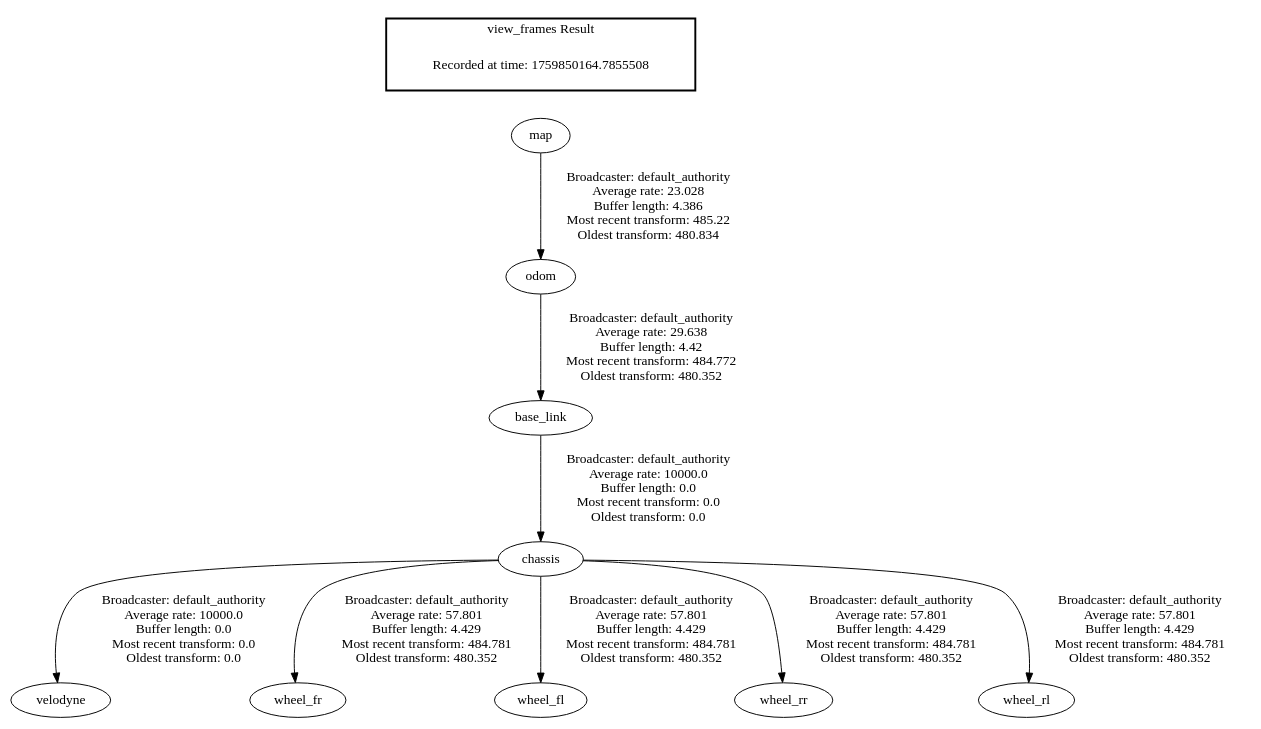
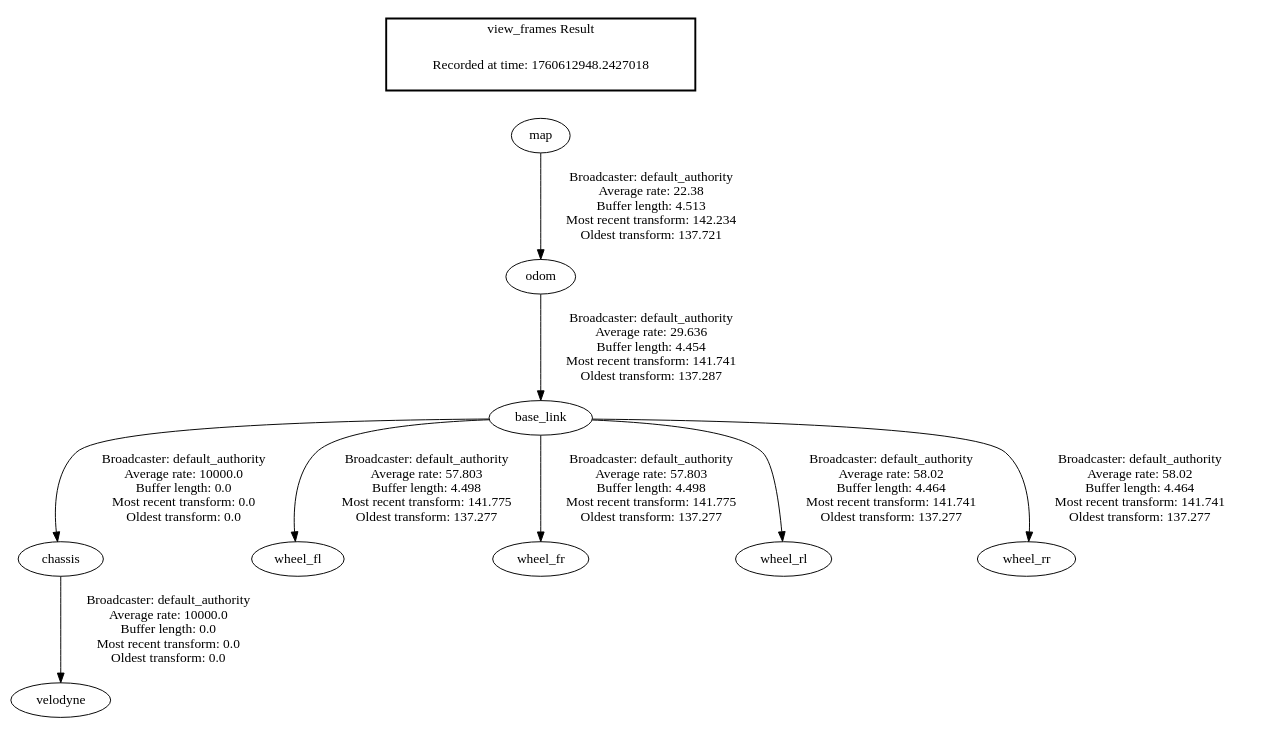
One commit to Podolskigutten/ros2_leo_ws changed the diagram in frames.gv. Above: the diagram before and after it, drawn with Graphviz. The commit also changed 5 other files, not shown here.

```diff
--- a/frames.gv
+++ b/frames.gv
@@ -1,14 +1,14 @@
 digraph G {
 "base_link" -> "chassis"[label=" Broadcaster: default_authority\nAverage rate: 10000.0\nBuffer length: 0.0\nMost recent transform: 0.0\nOldest transform: 0.0\n"];
-"odom" -> "base_link"[label=" Broadcaster: default_authority\nAverage rate: 29.638\nBuffer length: 4.42\nMost recent transform: 484.772\nOldest transform: 480.352\n"];
+"odom" -> "base_link"[label=" Broadcaster: default_authority\nAverage rate: 29.636\nBuffer length: 4.454\nMost recent transform: 141.741\nOldest transform: 137.287\n"];
 "chassis" -> "velodyne"[label=" Broadcaster: default_authority\nAverage rate: 10000.0\nBuffer length: 0.0\nMost recent transform: 0.0\nOldest transform: 0.0\n"];
-"chassis" -> "wheel_fr"[label=" Broadcaster: default_authority\nAverage rate: 57.801\nBuffer length: 4.429\nMost recent transform: 484.781\nOldest transform: 480.352\n"];
-"chassis" -> "wheel_fl"[label=" Broadcaster: default_authority\nAverage rate: 57.801\nBuffer length: 4.429\nMost recent transform: 484.781\nOldest transform: 480.352\n"];
-"chassis" -> "wheel_rr"[label=" Broadcaster: default_authority\nAverage rate: 57.801\nBuffer length: 4.429\nMost recent transform: 484.781\nOldest transform: 480.352\n"];
-"chassis" -> "wheel_rl"[label=" Broadcaster: default_authority\nAverage rate: 57.801\nBuffer length: 4.429\nMost recent transform: 484.781\nOldest transform: 480.352\n"];
-"map" -> "odom"[label=" Broadcaster: default_authority\nAverage rate: 23.028\nBuffer length: 4.386\nMost recent transform: 485.22\nOldest transform: 480.834\n"];
+"base_link" -> "wheel_fl"[label=" Broadcaster: default_authority\nAverage rate: 57.803\nBuffer length: 4.498\nMost recent transform: 141.775\nOldest transform: 137.277\n"];
+"base_link" -> "wheel_fr"[label=" Broadcaster: default_authority\nAverage rate: 57.803\nBuffer length: 4.498\nMost recent transform: 141.775\nOldest transform: 137.277\n"];
+"base_link" -> "wheel_rl"[label=" Broadcaster: default_authority\nAverage rate: 58.02\nBuffer length: 4.464\nMost recent transform: 141.741\nOldest transform: 137.277\n"];
+"base_link" -> "wheel_rr"[label=" Broadcaster: default_authority\nAverage rate: 58.02\nBuffer length: 4.464\nMost recent transform: 141.741\nOldest transform: 137.277\n"];
+"map" -> "odom"[label=" Broadcaster: default_authority\nAverage rate: 22.38\nBuffer length: 4.513\nMost recent transform: 142.234\nOldest transform: 137.721\n"];
 edge [style=invis];
  subgraph cluster_legend { style=bold; color=black; label ="view_frames Result";
-"Recorded at time: 1759850164.7855508"[ shape=plaintext ] ;
+"Recorded at time: 1760612948.2427018"[ shape=plaintext ] ;
 }->"map";
 }
```
